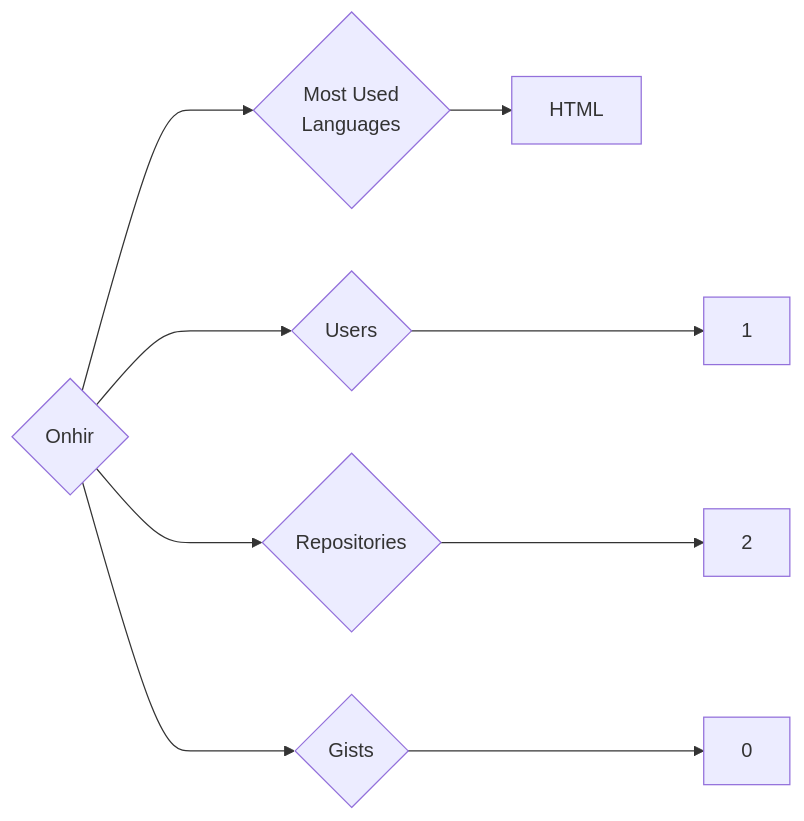
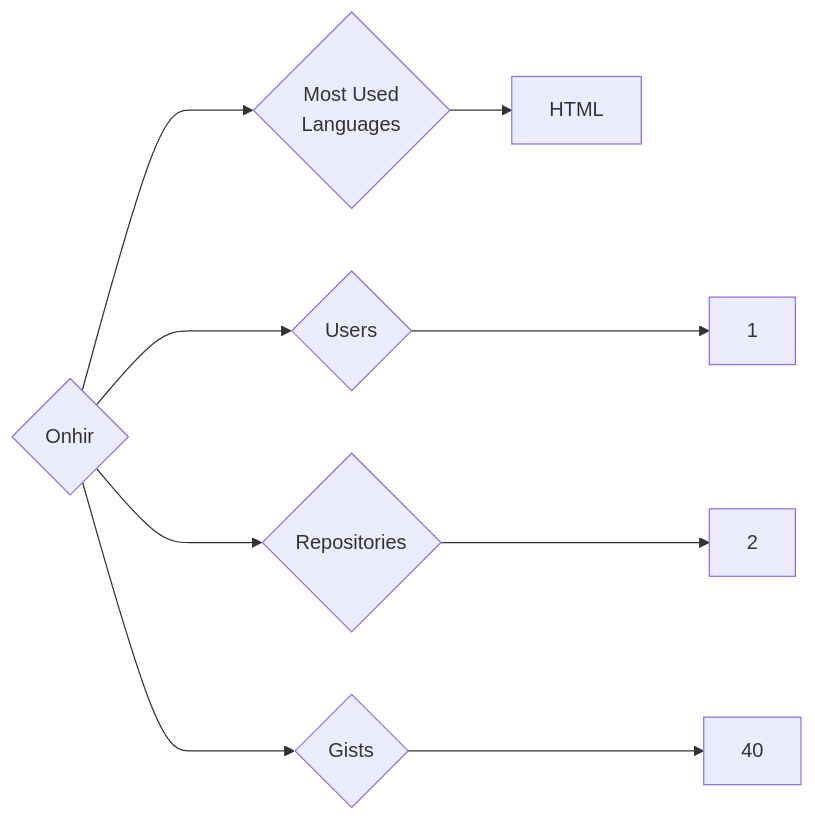
One commit to trickest/insiders changed the diagram in targets/Onhir/README.md. Above: the diagram before and after it, drawn with Mermaid. The commit also changed 886 other files, not shown here.

````diff
--- a/targets/Onhir/README.md
+++ b/targets/Onhir/README.md
@@ -3,9 +3,9 @@
 ```mermaid
 graph LR
 COMPANY_NAME{Onhir}
 COMPANY_NAME ---> U{Users} ---> UN[1]
 COMPANY_NAME ---> R{Repositories} ---> RN[2]
-COMPANY_NAME ---> G{Gists} ---> GN[0]
+COMPANY_NAME ---> G{Gists} ---> GN[40]
 COMPANY_NAME ---> ML{Most Used<br>Languages}
-ML --> HTML
+ML --> HTML[HTML]
 ```
````
